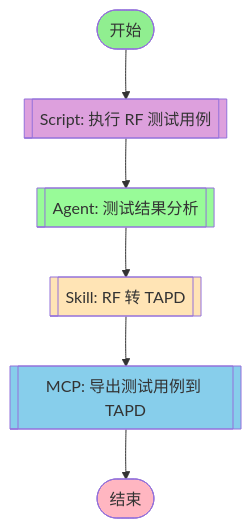
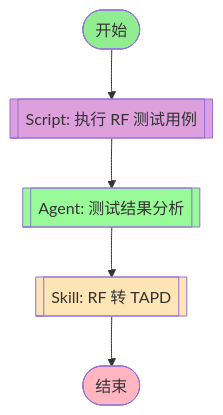
One commit to JoeyTrribbiani/rf-testing-plugin changed the diagram in 05-plugins/rf-testing/workflows/rf-to-tapd.md. Above: the diagram before and after it, drawn with Mermaid. The commit also changed other lines of this file and 2 other files, not shown here.

Commit message:
docs: reorganize workflows with proper stage numbering and remove export nodes

````diff
--- a/05-plugins/rf-testing/workflows/rf-to-tapd.md
+++ b/05-plugins/rf-testing/workflows/rf-to-tapd.md
@@ -6,23 +6,20 @@
 ```mermaid
 flowchart TD
     start_node([开始])
     end_node([结束])
 
     script_execute[[Script: 执行 RF 测试用例]]
+    agent_results[[Agent: 测试结果分析]]
     skill_conversion[[Skill: RF 转 TAPD]]
-    agent_results[[Agent: 测试结果分析]]
-    mcp_export[[MCP: 导出测试用例到 TAPD]]
 
     start_node --> script_execute
     script_execute --> agent_results
     agent_results --> skill_conversion
-    skill_conversion --> mcp_export
-    mcp_export --> end_node
+    skill_conversion --> end_node
 
     style start_node fill:#90EE90
     style end_node fill:#FFB6C1
     style script_execute fill:#DDA0DD
     style skill_conversion fill:#FFE4B5
     style agent_results fill:#98FB98
-    style mcp_export fill:#87CEEB
 ```
````
